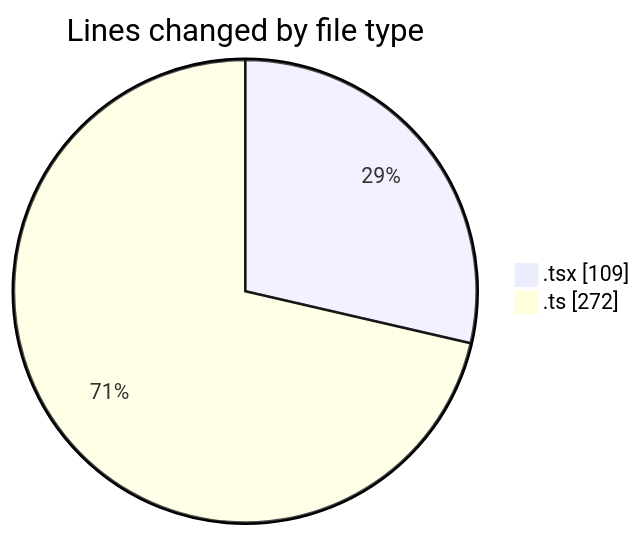
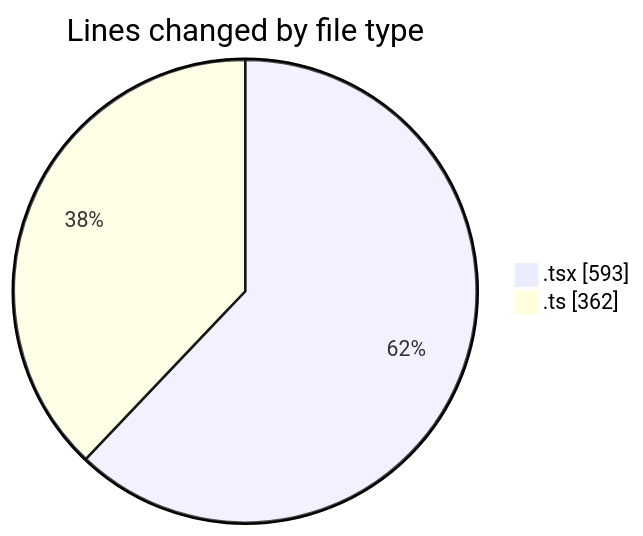
Before and after one commit to robertbonfada/code-tracking: the first of 2 diagrams in 2025-03-17/audiobooks-web/README.md, drawn with Mermaid. The commit also changed other lines of this file and 1 other file, not shown here.

````diff
--- a/2025-03-17/audiobooks-web/README.md
+++ b/2025-03-17/audiobooks-web/README.md
@@ -23,6 +27,6 @@
 ```mermaid
 pie showData
 title Lines changed by file type
-".tsx" : 109
-".ts" : 272
+".tsx" : 593
+".ts" : 362
 ```
````
